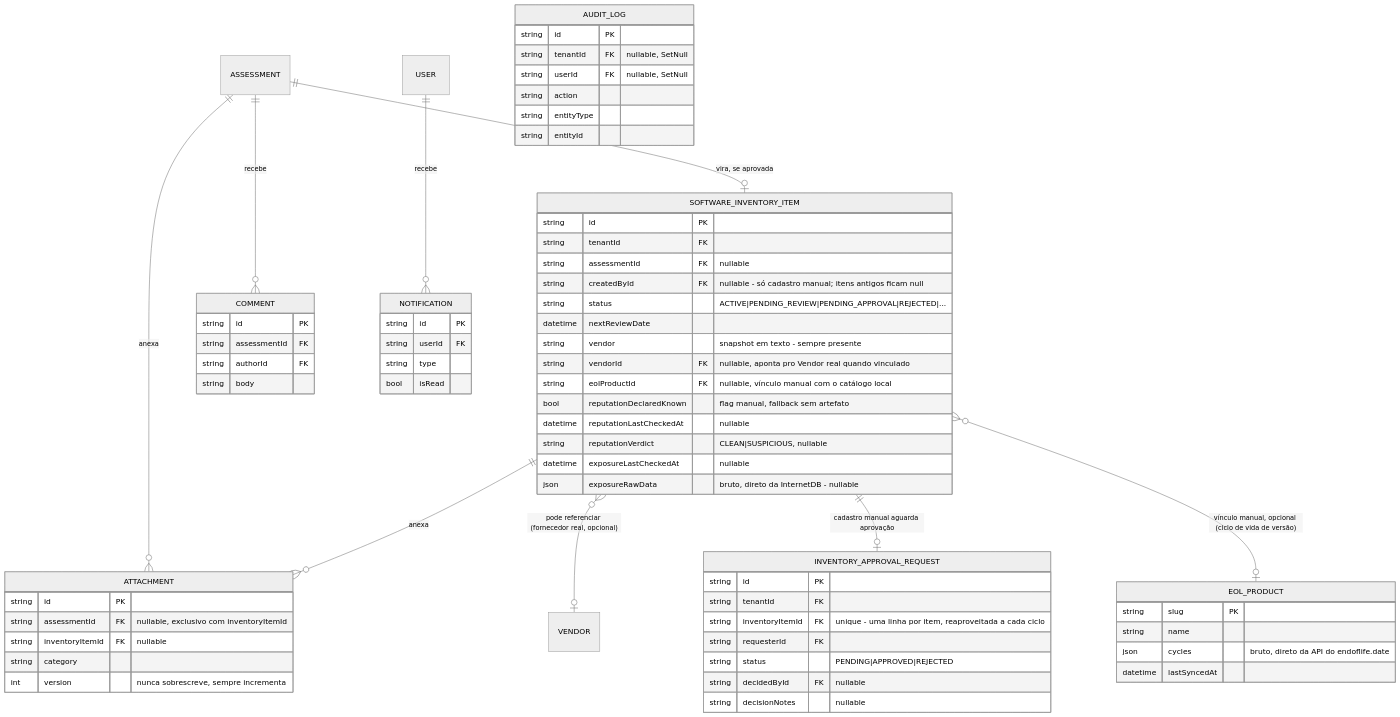
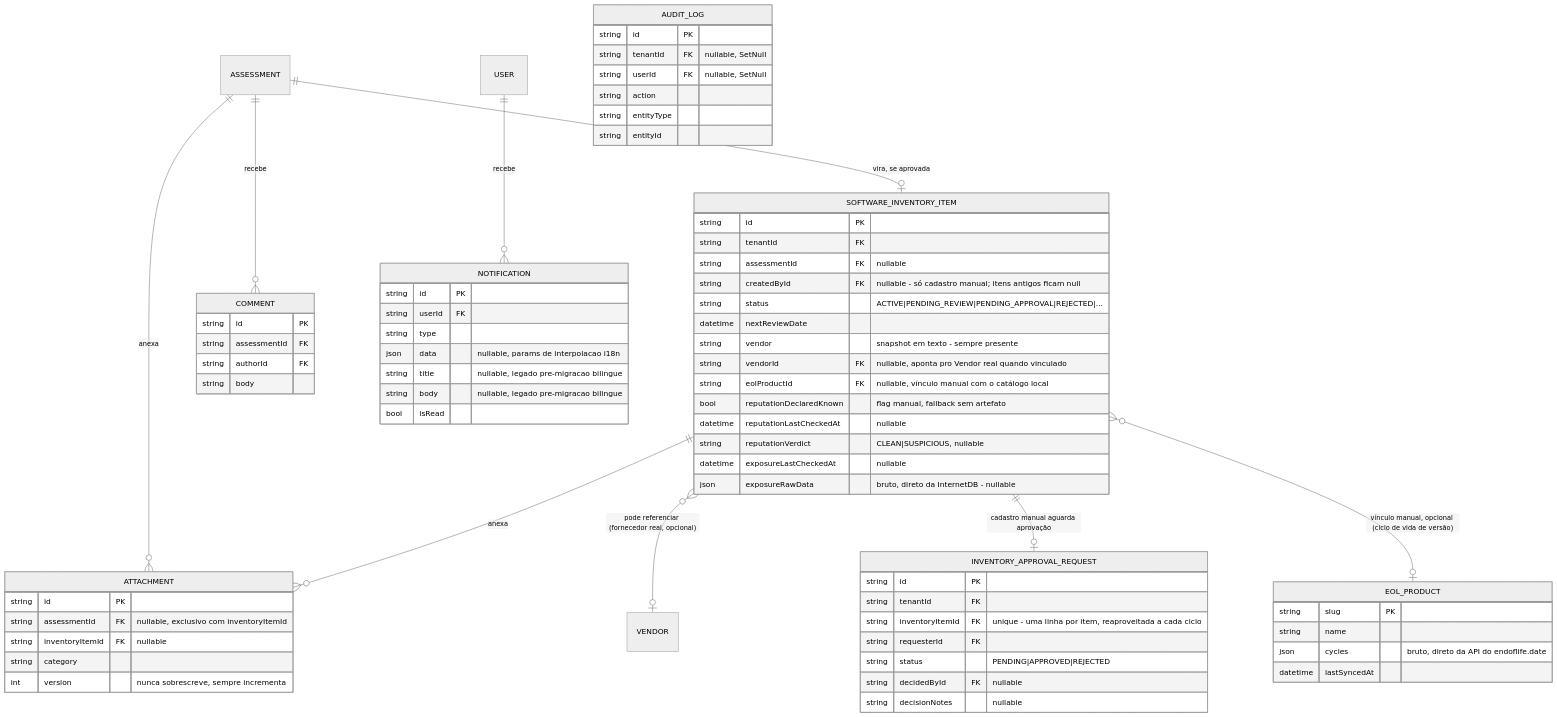
One commit to domcabral9/morpheus-beta changed the sixth of 7 diagrams in docs/architecture.md. Above: the diagram before and after it, drawn with Mermaid (neutral theme). The commit also changed 21 other files, not shown here.

````diff
--- a/docs/architecture.md
+++ b/docs/architecture.md
@@ -377,70 +377,73 @@
 ```mermaid
 erDiagram
     ASSESSMENT ||--o| SOFTWARE_INVENTORY_ITEM : "vira, se aprovada"
     ASSESSMENT ||--o{ ATTACHMENT : anexa
     SOFTWARE_INVENTORY_ITEM ||--o{ ATTACHMENT : anexa
     ASSESSMENT ||--o{ COMMENT : recebe
     USER ||--o{ NOTIFICATION : recebe
     SOFTWARE_INVENTORY_ITEM }o--o| VENDOR : "pode referenciar (fornecedor real, opcional)"
     SOFTWARE_INVENTORY_ITEM ||--o| INVENTORY_APPROVAL_REQUEST : "cadastro manual aguarda aprovação"
     SOFTWARE_INVENTORY_ITEM }o--o| EOL_PRODUCT : "vínculo manual, opcional (ciclo de vida de versão)"
 
     SOFTWARE_INVENTORY_ITEM {
         string id PK
         string tenantId FK
         string assessmentId FK "nullable"
         string createdById FK "nullable - só cadastro manual; itens antigos ficam null"
         string status "ACTIVE|PENDING_REVIEW|PENDING_APPROVAL|REJECTED|..."
         datetime nextReviewDate
         string vendor "snapshot em texto - sempre presente"
         string vendorId FK "nullable, aponta pro Vendor real quando vinculado"
         string eolProductId FK "nullable, vínculo manual com o catálogo local"
         bool reputationDeclaredKnown "flag manual, fallback sem artefato"
         datetime reputationLastCheckedAt "nullable"
         string reputationVerdict "CLEAN|SUSPICIOUS, nullable"
         datetime exposureLastCheckedAt "nullable"
         json exposureRawData "bruto, direto da InternetDB - nullable"
     }
     EOL_PRODUCT {
         string slug PK
         string name
         json cycles "bruto, direto da API do endoflife.date"
         datetime lastSyncedAt
     }
     INVENTORY_APPROVAL_REQUEST {
         string id PK
         string tenantId FK
         string inventoryItemId FK "unique - uma linha por item, reaproveitada a cada ciclo"
         string requesterId FK
         string status "PENDING|APPROVED|REJECTED"
         string decidedById FK "nullable"
         string decisionNotes "nullable"
     }
     ATTACHMENT {
         string id PK
         string assessmentId FK "nullable, exclusivo com inventoryItemId"
         string inventoryItemId FK "nullable"
         string category
         int version "nunca sobrescreve, sempre incrementa"
     }
     COMMENT {
         string id PK
         string assessmentId FK
         string authorId FK
         string body
     }
     AUDIT_LOG {
         string id PK
         string tenantId FK "nullable, SetNull"
         string userId FK "nullable, SetNull"
         string action
         string entityType
         string entityId
     }
     NOTIFICATION {
         string id PK
         string userId FK
         string type
+        json data "nullable, params de interpolacao i18n"
+        string title "nullable, legado pre-migracao bilingue"
+        string body "nullable, legado pre-migracao bilingue"
         bool isRead
     }
 ```
````
